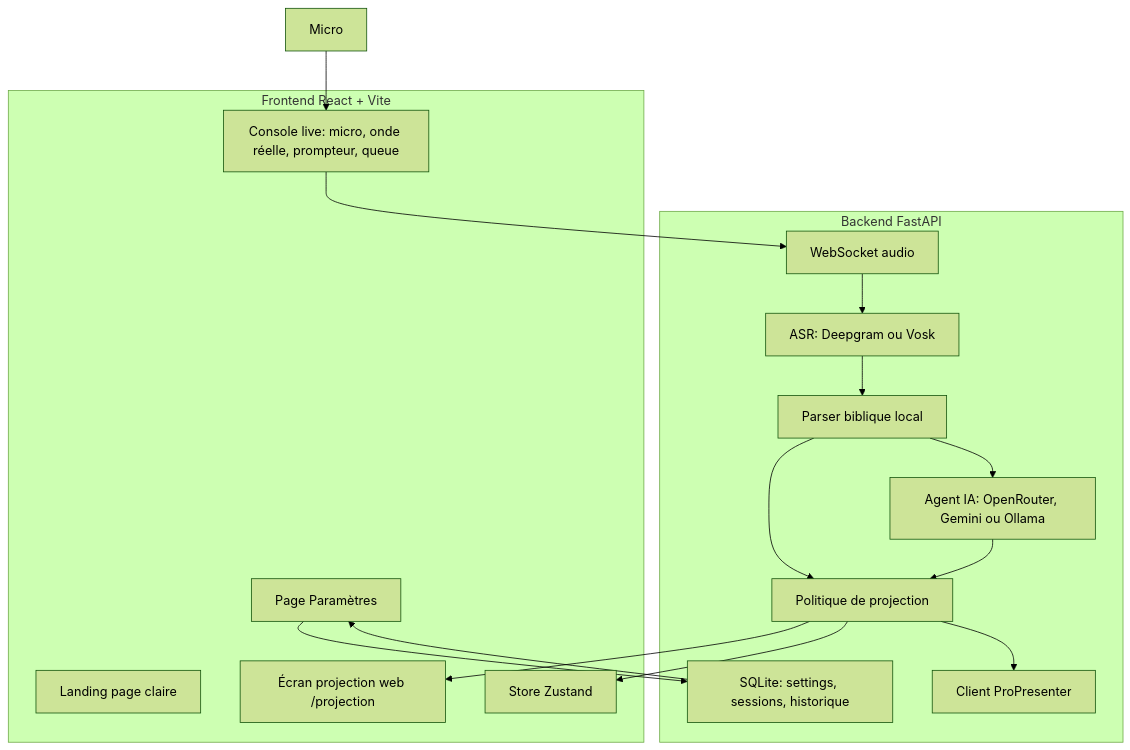
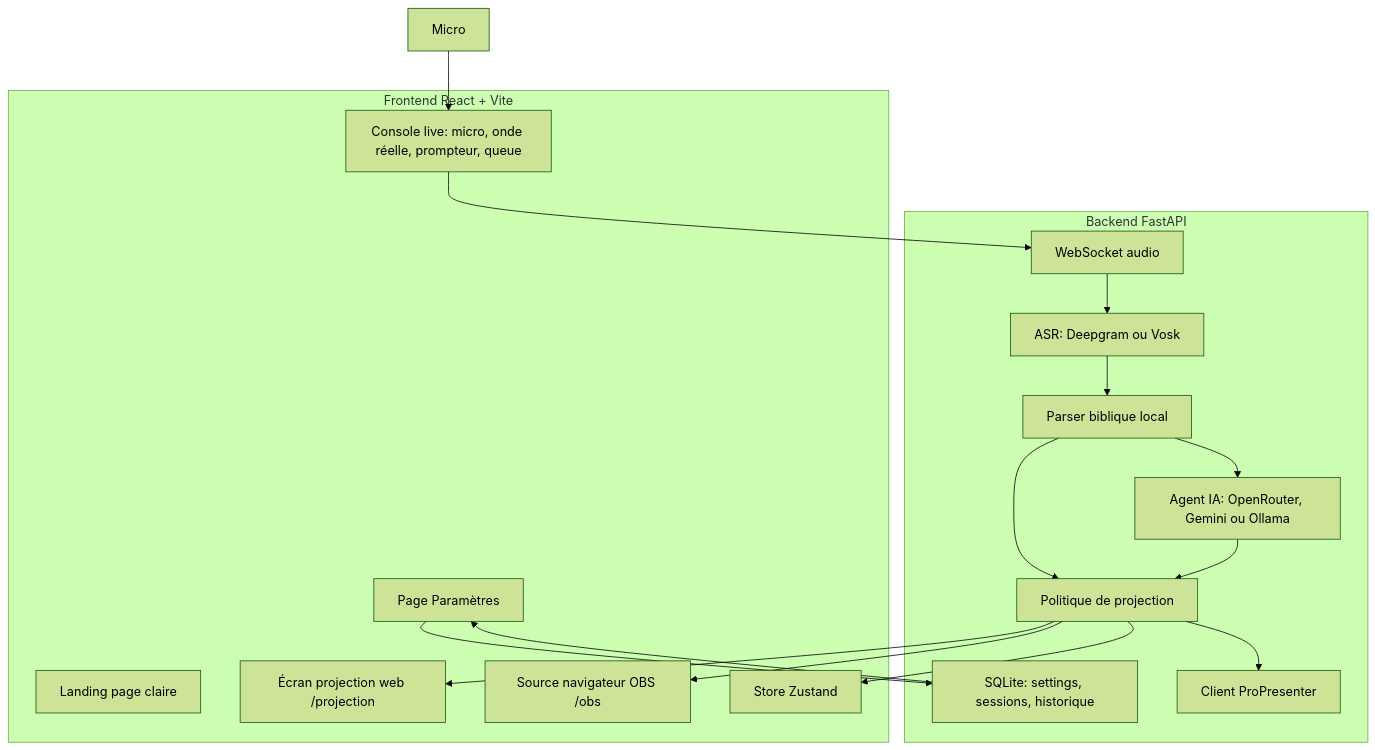
Before and after one commit to gafard/VersePro: the first of 2 diagrams in v2/EXPLICATION_ARCHITECTURE.md, drawn with Mermaid (forest theme). The commit also changed other lines of this file and 27 other files, not shown here.

````diff
--- a/v2/EXPLICATION_ARCHITECTURE.md
+++ b/v2/EXPLICATION_ARCHITECTURE.md
@@ -19,33 +19,35 @@
 ```mermaid
 flowchart TB
   subgraph Frontend["Frontend React + Vite"]
     Landing["Landing page claire"]
     Live["Console live: micro, onde réelle, prompteur, queue"]
     Settings["Page Paramètres"]
     Projector["Écran projection web /projection"]
+    OBS["Source navigateur OBS /obs"]
     Store["Store Zustand"]
   end
 
   subgraph Backend["Backend FastAPI"]
     WS["WebSocket audio"]
     ASR["ASR: Deepgram ou Vosk"]
     Parser["Parser biblique local"]
     AI["Agent IA: OpenRouter, Gemini ou Ollama"]
     Policy["Politique de projection"]
     DB["SQLite: settings, sessions, historique"]
     PP["Client ProPresenter"]
   end
 
   Mic["Micro"] --> Live
   Live --> WS
   Settings --> DB
   WS --> ASR
   ASR --> Parser
   Parser --> Policy
   Parser --> AI
   AI --> Policy
   Policy --> Store
   Policy --> PP
   Policy --> Projector
+  Policy --> OBS
   DB --> Settings
 ```
````
